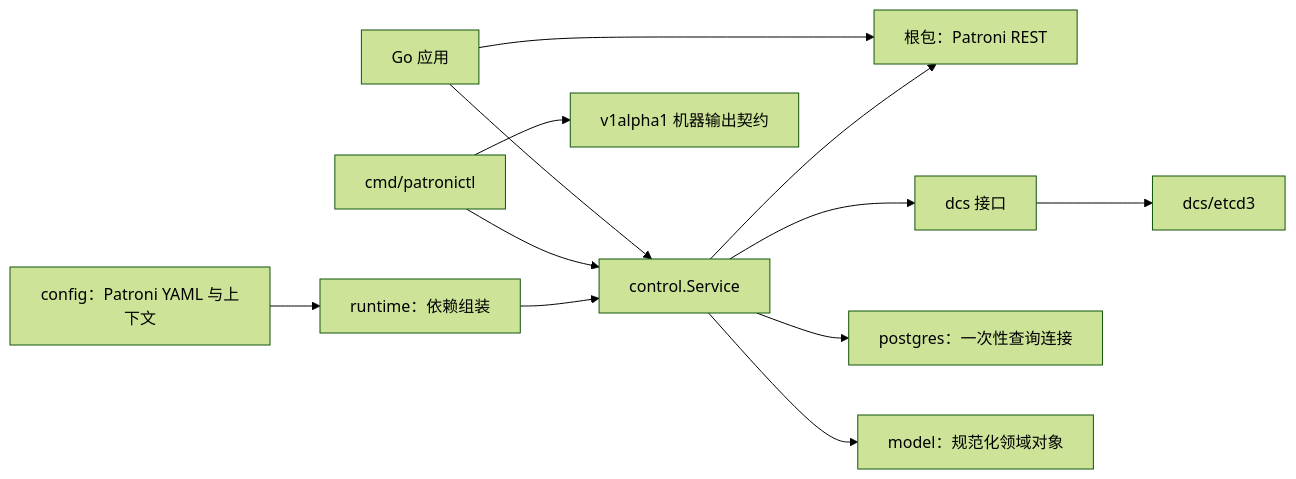
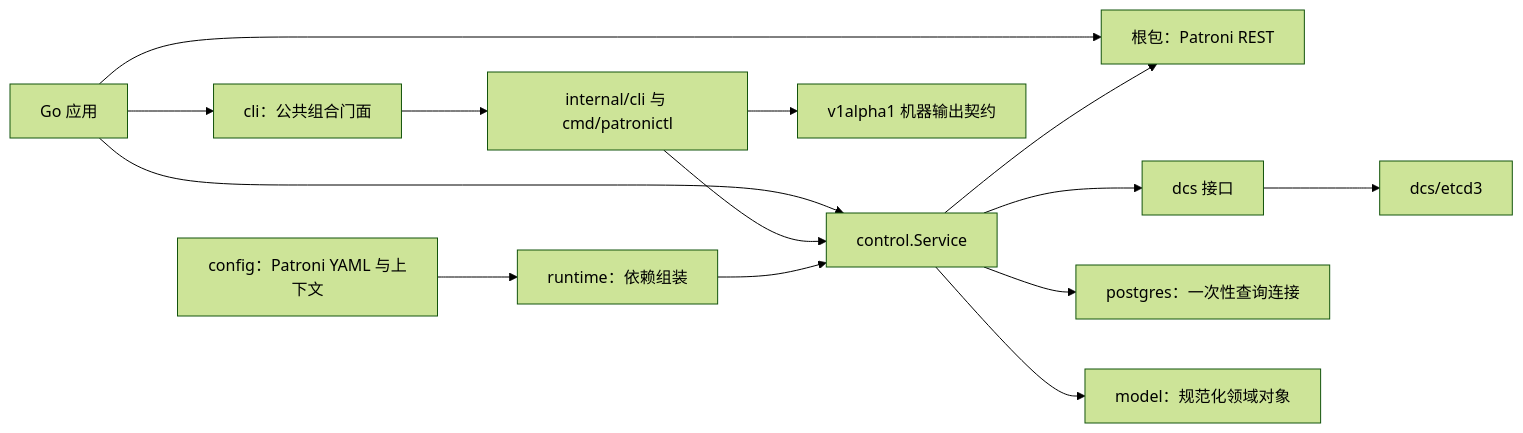
Before and after one commit to pgsty/go-patroni: the diagram in docs/go-patroni-sdk.zh-CN.md, drawn with Mermaid (forest theme). The commit also changed other lines of this file and 16 other files, not shown here.

````diff
--- a/docs/go-patroni-sdk.zh-CN.md
+++ b/docs/go-patroni-sdk.zh-CN.md
@@ -53,14 +53,16 @@
 ```mermaid
 flowchart LR
     APP["Go 应用"] --> REST["根包：Patroni REST"]
     APP --> CTRL["control.Service"]
-    CLI["cmd/patronictl"] --> CTRL
+    APP --> CLICOMP["cli：公共组合门面"]
+    CLICOMP --> CLI["internal/cli 与 cmd/patronictl"]
+    CLI --> CTRL
     CFG["config：Patroni YAML 与上下文"] --> RT["runtime：依赖组装"]
     RT --> CTRL
     CTRL --> DCS["dcs 接口"]
     CTRL --> REST
     CTRL --> PG["postgres：一次性查询连接"]
     DCS --> ETCD["dcs/etcd3"]
     CTRL --> MODEL["model：规范化领域对象"]
     CLI --> SCHEMA["v1alpha1 机器输出契约"]
 ```
````
